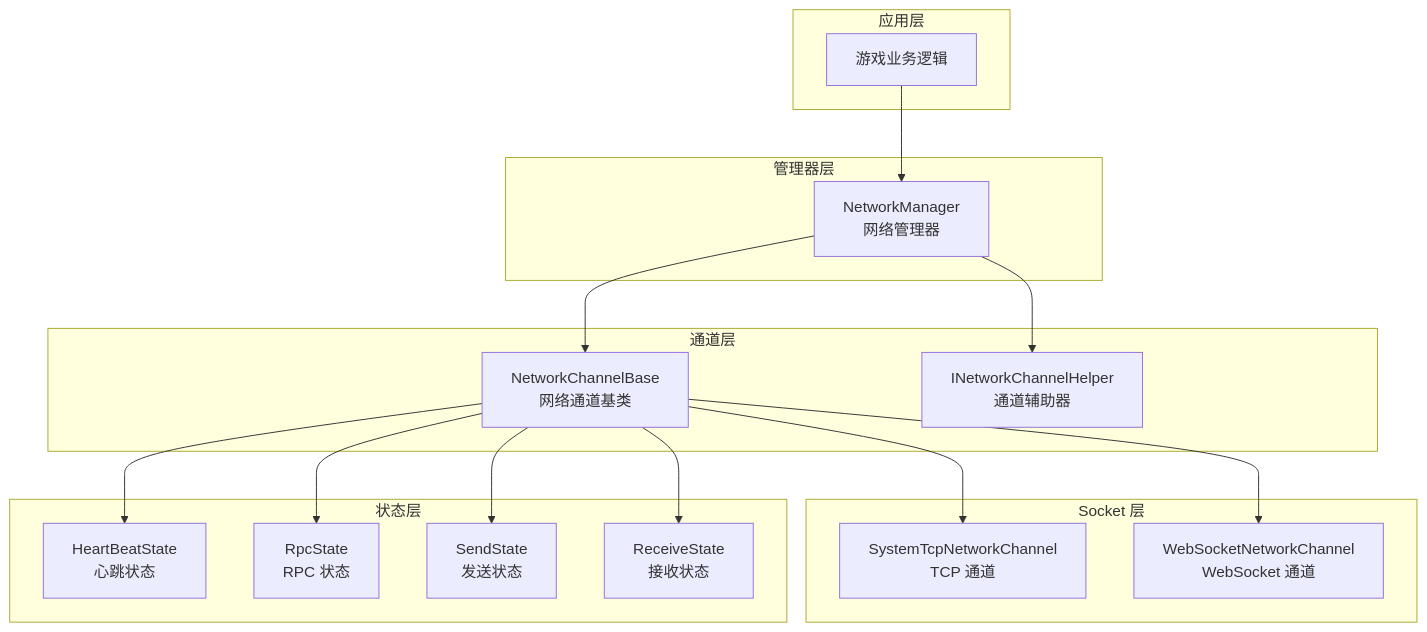
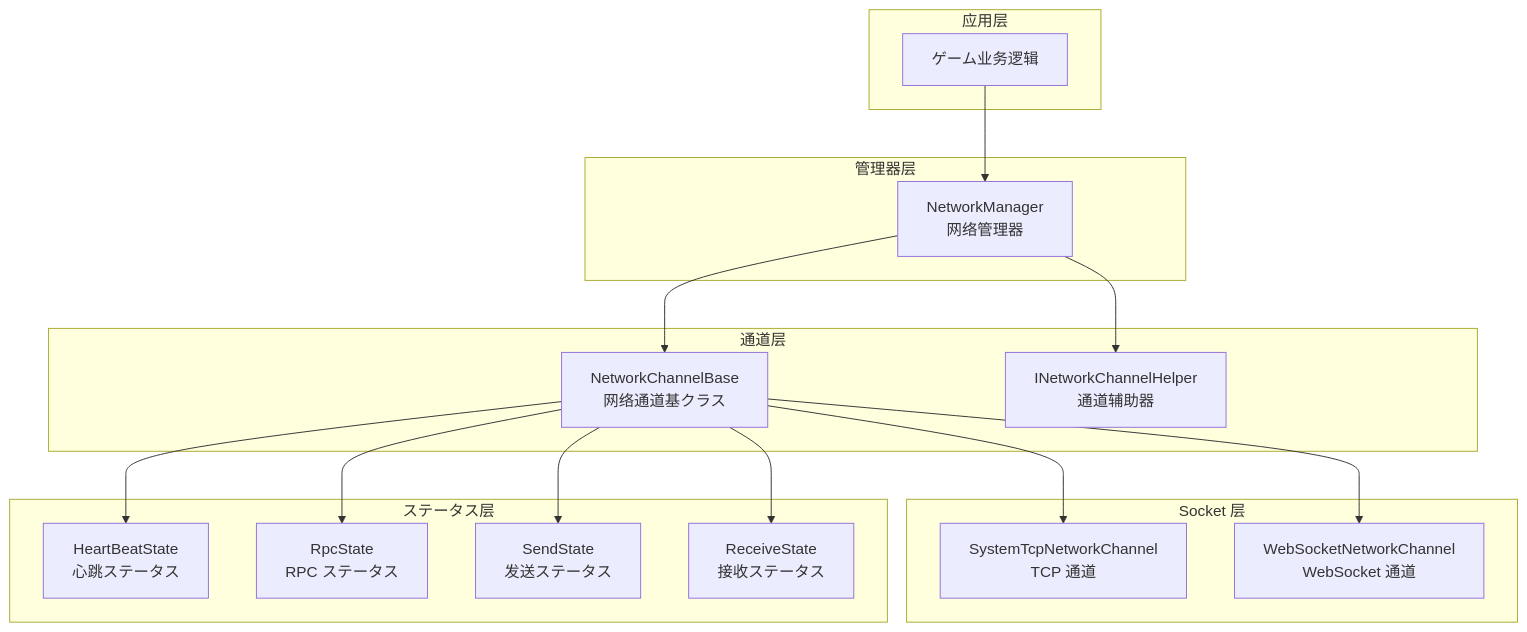
One commit to AlianBlank/GameFrameX.Docs changed the first of 3 diagrams in docs/ja/client/unity/component/network/04.network-manager.md. Above: the diagram before and after it, drawn with Mermaid. The commit also changed other lines of this file and 603 other files, not shown here.

````diff
--- a/docs/ja/client/unity/component/network/04.network-manager.md
+++ b/docs/ja/client/unity/component/network/04.network-manager.md
@@ -32,37 +32,37 @@
 ```mermaid
 flowchart TD
     subgraph ApplicationLayer["应用层"]
-        GameLogic["游戏业务逻辑"]
+        GameLogic["ゲーム业务逻辑"]
     end
 
     subgraph ManagerLayer["管理器层"]
         NM[NetworkManager<br/>网络管理器]
     end
 
     subgraph ChannelLayer["通道层"]
-        NCB[NetworkChannelBase<br/>网络通道基类]
+        NCB[NetworkChannelBase<br/>网络通道基クラス]
         NCH[INetworkChannelHelper<br/>通道辅助器]
     end
 
     subgraph SocketLayer["Socket 层"]
         TCP[SystemTcpNetworkChannel<br/>TCP 通道]
         WS[WebSocketNetworkChannel<br/>WebSocket 通道]
     end
 
-    subgraph StateLayer["状态层"]
-        HS[HeartBeatState<br/>心跳状态]
-        RS[RpcState<br/>RPC 状态]
-        SS[SendState<br/>发送状态]
-        RCS[ReceiveState<br/>接收状态]
+    subgraph StateLayer["ステータス层"]
+        HS[HeartBeatState<br/>心跳ステータス]
+        RS[RpcState<br/>RPC ステータス]
+        SS[SendState<br/>发送ステータス]
+        RCS[ReceiveState<br/>接收ステータス]
     end
 
     GameLogic --> NM
     NM --> NCB
     NM --> NCH
     NCB --> TCP
     NCB --> WS
     NCB --> HS
     NCB --> RS
     NCB --> SS
     NCB --> RCS
 ```
````
